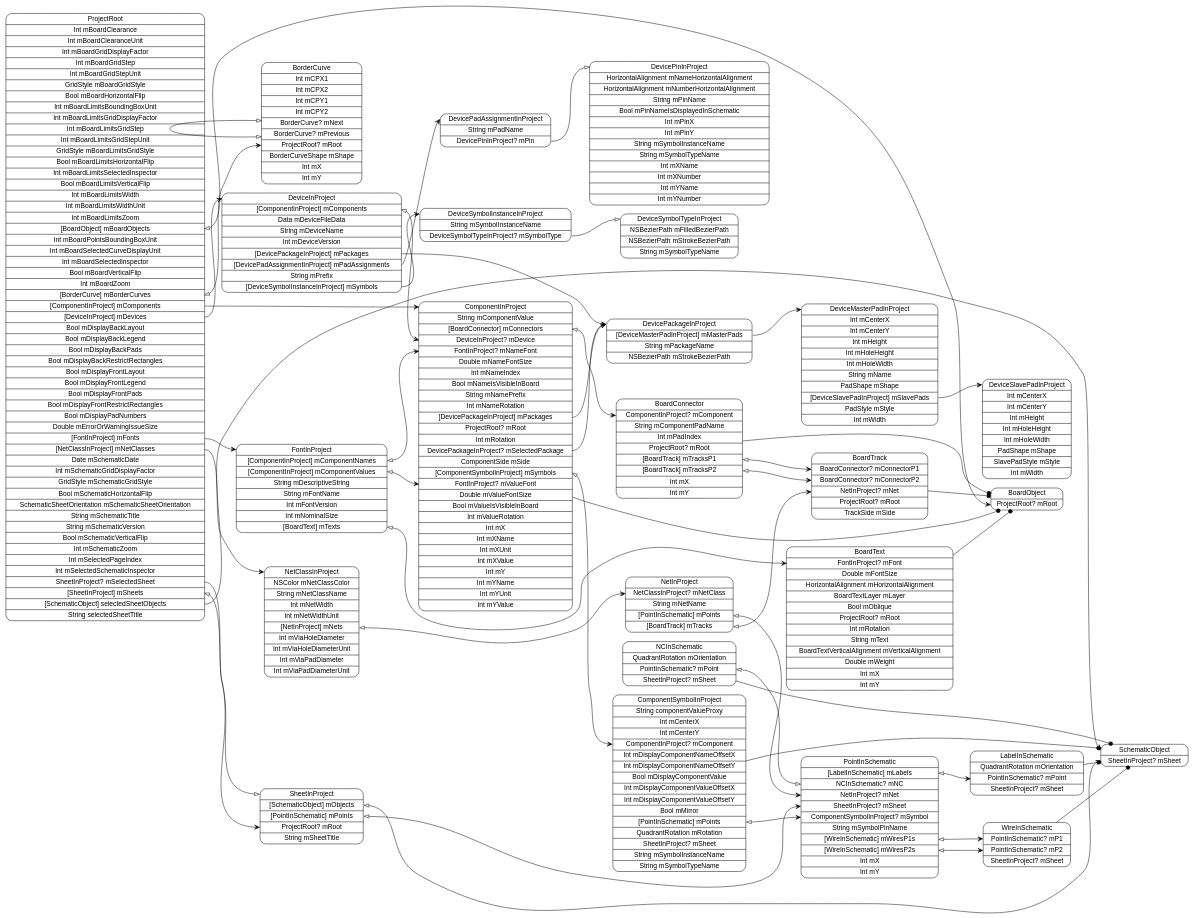
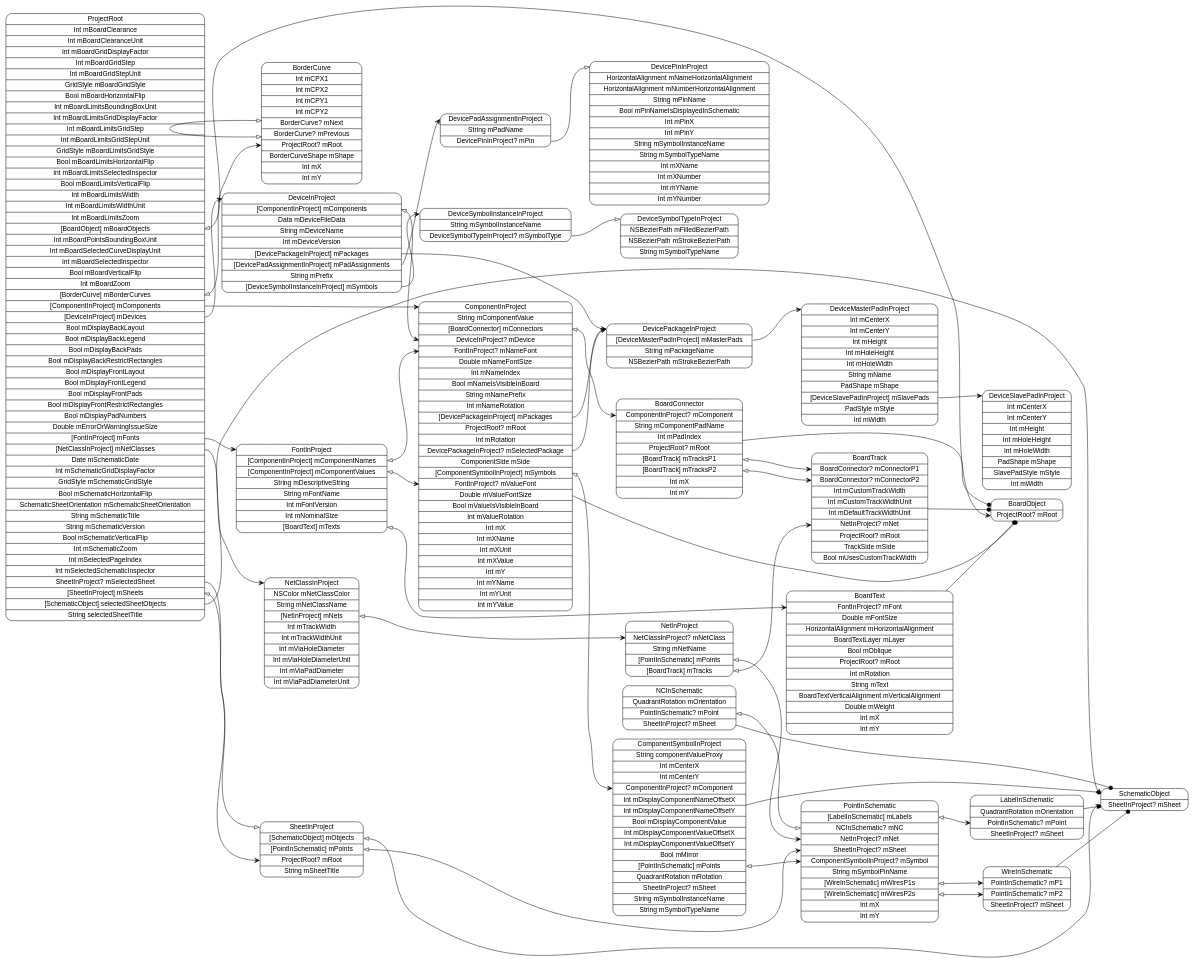
Before and after one commit to pierremolinaro/ElCanari-dev: the diagram in models/ProjectRoot.dot, drawn with Graphviz. The commit also changed 27 other files, not shown here.

Commit message:
Suite BoardTrack

```diff
--- a/models/ProjectRoot.dot
+++ b/models/ProjectRoot.dot
@@ -1,74 +1,74 @@
 digraph G {
   rankdir=LR ;
   node [shape=record fontname=helvetica style=rounded] ;
   ProjectRoot[label="<ProjectRoot>ProjectRoot|Int mBoardClearance|Int mBoardClearanceUnit|Int mBoardGridDisplayFactor|Int mBoardGridStep|Int mBoardGridStepUnit|GridStyle mBoardGridStyle|Bool mBoardHorizontalFlip|Int mBoardLimitsBoundingBoxUnit|Int mBoardLimitsGridDisplayFactor|Int mBoardLimitsGridStep|Int mBoardLimitsGridStepUnit|GridStyle mBoardLimitsGridStyle|Bool mBoardLimitsHorizontalFlip|Int mBoardLimitsSelectedInspector|Bool mBoardLimitsVerticalFlip|Int mBoardLimitsWidth|Int mBoardLimitsWidthUnit|Int mBoardLimitsZoom|<mBoardObjects>[BoardObject] mBoardObjects|Int mBoardPointsBoundingBoxUnit|Int mBoardSelectedCurveDisplayUnit|Int mBoardSelectedInspector|Bool mBoardVerticalFlip|Int mBoardZoom|<mBorderCurves>[BorderCurve] mBorderCurves|<mComponents>[ComponentInProject] mComponents|<mDevices>[DeviceInProject] mDevices|Bool mDisplayBackLayout|Bool mDisplayBackLegend|Bool mDisplayBackPads|Bool mDisplayBackRestrictRectangles|Bool mDisplayFrontLayout|Bool mDisplayFrontLegend|Bool mDisplayFrontPads|Bool mDisplayFrontRestrictRectangles|Bool mDisplayPadNumbers|Double mErrorOrWarningIssueSize|<mFonts>[FontInProject] mFonts|<mNetClasses>[NetClassInProject] mNetClasses|Date mSchematicDate|Int mSchematicGridDisplayFactor|GridStyle mSchematicGridStyle|Bool mSchematicHorizontalFlip|SchematicSheetOrientation mSchematicSheetOrientation|String mSchematicTitle|String mSchematicVersion|Bool mSchematicVerticalFlip|Int mSchematicZoom|Int mSelectedPageIndex|Int mSelectedSchematicInspector|<mSelectedSheet>SheetInProject? mSelectedSheet|<mSheets>[SheetInProject] mSheets|<selectedSheetObjects>[SchematicObject] selectedSheetObjects|String selectedSheetTitle"] ;
   SchematicObject[label="<SchematicObject>SchematicObject|<mSheet>SheetInProject? mSheet"] ;
   SheetInProject[label="<SheetInProject>SheetInProject|<mObjects>[SchematicObject] mObjects|<mPoints>[PointInSchematic] mPoints|<mRoot>ProjectRoot? mRoot|String mSheetTitle"] ;
   PointInSchematic[label="<PointInSchematic>PointInSchematic|<mLabels>[LabelInSchematic] mLabels|<mNC>NCInSchematic? mNC|<mNet>NetInProject? mNet|<mSheet>SheetInProject? mSheet|<mSymbol>ComponentSymbolInProject? mSymbol|String mSymbolPinName|<mWiresP1s>[WireInSchematic] mWiresP1s|<mWiresP2s>[WireInSchematic] mWiresP2s|Int mX|Int mY"] ;
   WireInSchematic[label="<WireInSchematic>WireInSchematic|<mP1>PointInSchematic? mP1|<mP2>PointInSchematic? mP2|<mSheet>SheetInProject? mSheet"] ;
   NCInSchematic[label="<NCInSchematic>NCInSchematic|QuadrantRotation mOrientation|<mPoint>PointInSchematic? mPoint|<mSheet>SheetInProject? mSheet"] ;
   LabelInSchematic[label="<LabelInSchematic>LabelInSchematic|QuadrantRotation mOrientation|<mPoint>PointInSchematic? mPoint|<mSheet>SheetInProject? mSheet"] ;
-  NetClassInProject[label="<NetClassInProject>NetClassInProject|NSColor mNetClassColor|String mNetClassName|Int mNetWidth|Int mNetWidthUnit|<mNets>[NetInProject] mNets|Int mViaHoleDiameter|Int mViaHoleDiameterUnit|Int mViaPadDiameter|Int mViaPadDiameterUnit"] ;
+  NetClassInProject[label="<NetClassInProject>NetClassInProject|NSColor mNetClassColor|String mNetClassName|<mNets>[NetInProject] mNets|Int mTrackWidth|Int mTrackWidthUnit|Int mViaHoleDiameter|Int mViaHoleDiameterUnit|Int mViaPadDiameter|Int mViaPadDiameterUnit"] ;
   NetInProject[label="<NetInProject>NetInProject|<mNetClass>NetClassInProject? mNetClass|String mNetName|<mPoints>[PointInSchematic] mPoints|<mTracks>[BoardTrack] mTracks"] ;
-  BoardTrack[label="<BoardTrack>BoardTrack|<mConnectorP1>BoardConnector? mConnectorP1|<mConnectorP2>BoardConnector? mConnectorP2|<mNet>NetInProject? mNet|<mRoot>ProjectRoot? mRoot|TrackSide mSide"] ;
+  BoardTrack[label="<BoardTrack>BoardTrack|<mConnectorP1>BoardConnector? mConnectorP1|<mConnectorP2>BoardConnector? mConnectorP2|Int mCustomTrackWidth|Int mCustomTrackWidthUnit|Int mDefaultTrackWidthUnit|<mNet>NetInProject? mNet|<mRoot>ProjectRoot? mRoot|TrackSide mSide|Bool mUsesCustomTrackWidth"] ;
   FontInProject[label="<FontInProject>FontInProject|<mComponentNames>[ComponentInProject] mComponentNames|<mComponentValues>[ComponentInProject] mComponentValues|String mDescriptiveString|String mFontName|Int mFontVersion|Int mNominalSize|<mTexts>[BoardText] mTexts"] ;
   BoardText[label="<BoardText>BoardText|<mFont>FontInProject? mFont|Double mFontSize|HorizontalAlignment mHorizontalAlignment|BoardTextLayer mLayer|Bool mOblique|<mRoot>ProjectRoot? mRoot|Int mRotation|String mText|BoardTextVerticalAlignment mVerticalAlignment|Double mWeight|Int mX|Int mY"] ;
   DeviceInProject[label="<DeviceInProject>DeviceInProject|<mComponents>[ComponentInProject] mComponents|Data mDeviceFileData|String mDeviceName|Int mDeviceVersion|<mPackages>[DevicePackageInProject] mPackages|<mPadAssignments>[DevicePadAssignmentInProject] mPadAssignments|String mPrefix|<mSymbols>[DeviceSymbolInstanceInProject] mSymbols"] ;
   DeviceSymbolInstanceInProject[label="<DeviceSymbolInstanceInProject>DeviceSymbolInstanceInProject|String mSymbolInstanceName|<mSymbolType>DeviceSymbolTypeInProject? mSymbolType"] ;
   DeviceSymbolTypeInProject[label="<DeviceSymbolTypeInProject>DeviceSymbolTypeInProject|NSBezierPath mFilledBezierPath|NSBezierPath mStrokeBezierPath|String mSymbolTypeName"] ;
   DevicePadAssignmentInProject[label="<DevicePadAssignmentInProject>DevicePadAssignmentInProject|String mPadName|<mPin>DevicePinInProject? mPin"] ;
   DevicePinInProject[label="<DevicePinInProject>DevicePinInProject|HorizontalAlignment mNameHorizontalAlignment|HorizontalAlignment mNumberHorizontalAlignment|String mPinName|Bool mPinNameIsDisplayedInSchematic|Int mPinX|Int mPinY|String mSymbolInstanceName|String mSymbolTypeName|Int mXName|Int mXNumber|Int mYName|Int mYNumber"] ;
   DevicePackageInProject[label="<DevicePackageInProject>DevicePackageInProject|<mMasterPads>[DeviceMasterPadInProject] mMasterPads|String mPackageName|NSBezierPath mStrokeBezierPath"] ;
   DeviceMasterPadInProject[label="<DeviceMasterPadInProject>DeviceMasterPadInProject|Int mCenterX|Int mCenterY|Int mHeight|Int mHoleHeight|Int mHoleWidth|String mName|PadShape mShape|<mSlavePads>[DeviceSlavePadInProject] mSlavePads|PadStyle mStyle|Int mWidth"] ;
   DeviceSlavePadInProject[label="<DeviceSlavePadInProject>DeviceSlavePadInProject|Int mCenterX|Int mCenterY|Int mHeight|Int mHoleHeight|Int mHoleWidth|PadShape mShape|SlavePadStyle mStyle|Int mWidth"] ;
   ComponentInProject[label="<ComponentInProject>ComponentInProject|String mComponentValue|<mConnectors>[BoardConnector] mConnectors|<mDevice>DeviceInProject? mDevice|<mNameFont>FontInProject? mNameFont|Double mNameFontSize|Int mNameIndex|Bool mNameIsVisibleInBoard|String mNamePrefix|Int mNameRotation|<mPackages>[DevicePackageInProject] mPackages|<mRoot>ProjectRoot? mRoot|Int mRotation|<mSelectedPackage>DevicePackageInProject? mSelectedPackage|ComponentSide mSide|<mSymbols>[ComponentSymbolInProject] mSymbols|<mValueFont>FontInProject? mValueFont|Double mValueFontSize|Bool mValueIsVisibleInBoard|Int mValueRotation|Int mX|Int mXName|Int mXUnit|Int mXValue|Int mY|Int mYName|Int mYUnit|Int mYValue"] ;
   ComponentSymbolInProject[label="<ComponentSymbolInProject>ComponentSymbolInProject|String componentValueProxy|Int mCenterX|Int mCenterY|<mComponent>ComponentInProject? mComponent|Int mDisplayComponentNameOffsetX|Int mDisplayComponentNameOffsetY|Bool mDisplayComponentValue|Int mDisplayComponentValueOffsetX|Int mDisplayComponentValueOffsetY|Bool mMirror|<mPoints>[PointInSchematic] mPoints|QuadrantRotation mRotation|<mSheet>SheetInProject? mSheet|String mSymbolInstanceName|String mSymbolTypeName"] ;
   BoardConnector[label="<BoardConnector>BoardConnector|<mComponent>ComponentInProject? mComponent|String mComponentPadName|Int mPadIndex|<mRoot>ProjectRoot? mRoot|<mTracksP1>[BoardTrack] mTracksP1|<mTracksP2>[BoardTrack] mTracksP2|Int mX|Int mY"] ;
   BorderCurve[label="<BorderCurve>BorderCurve|Int mCPX1|Int mCPX2|Int mCPY1|Int mCPY2|<mNext>BorderCurve? mNext|<mPrevious>BorderCurve? mPrevious|<mRoot>ProjectRoot? mRoot|BorderCurveShape mShape|Int mX|Int mY"] ;
   BoardObject[label="<BoardObject>BoardObject|<mRoot>ProjectRoot? mRoot"] ;
   ProjectRoot:mBoardObjects -> BoardObject:mRoot [dir=both arrowtail=onormal arrowhead=vee] ;
   ProjectRoot:mBorderCurves -> BorderCurve:mRoot [dir=both arrowtail=onormal arrowhead=vee] ;
   ProjectRoot:mComponents -> ComponentInProject:ComponentInProject [dir=both arrowtail=none arrowhead=vee] ;
   ProjectRoot:mDevices -> DeviceInProject:DeviceInProject [dir=both arrowtail=none arrowhead=vee] ;
   ProjectRoot:mFonts -> FontInProject:FontInProject [dir=both arrowtail=none arrowhead=vee] ;
   ProjectRoot:mNetClasses -> NetClassInProject:NetClassInProject [dir=both arrowtail=none arrowhead=vee] ;
   ProjectRoot:mSelectedSheet -> SheetInProject:SheetInProject [dir=both arrowtail=none arrowhead=onormal] ;
   ProjectRoot:mSheets -> SheetInProject:mRoot [dir=both arrowtail=onormal arrowhead=vee] ;
   ProjectRoot:selectedSheetObjects -> SchematicObject:SchematicObject [dir=both arrowtail=none arrowhead=vee] ;
   SheetInProject:mObjects -> SchematicObject:mSheet [dir=both arrowtail=onormal arrowhead=vee] ;
   SheetInProject:mPoints -> PointInSchematic:mSheet [dir=both arrowtail=onormal arrowhead=vee] ;
   PointInSchematic:mLabels -> LabelInSchematic:mPoint [dir=both arrowtail=onormal arrowhead=vee] ;
   PointInSchematic:mWiresP1s -> WireInSchematic:mP1 [dir=both arrowtail=onormal arrowhead=vee] ;
   PointInSchematic:mWiresP2s -> WireInSchematic:mP2 [dir=both arrowtail=onormal arrowhead=vee] ;
   WireInSchematic -> SchematicObject [arrowhead=dot] ;
   NCInSchematic -> SchematicObject [arrowhead=dot] ;
   NCInSchematic:mPoint -> PointInSchematic:mNC [dir=both arrowtail=onormal arrowhead=onormal] ;
   LabelInSchematic -> SchematicObject [arrowhead=dot] ;
   NetClassInProject:mNets -> NetInProject:mNetClass [dir=both arrowtail=onormal arrowhead=vee] ;
   NetInProject:mPoints -> PointInSchematic:mNet [dir=both arrowtail=onormal arrowhead=vee] ;
   NetInProject:mTracks -> BoardTrack:mNet [dir=both arrowtail=onormal arrowhead=vee] ;
   BoardTrack -> BoardObject [arrowhead=dot] ;
   FontInProject:mComponentNames -> ComponentInProject:mNameFont [dir=both arrowtail=onormal arrowhead=vee] ;
   FontInProject:mComponentValues -> ComponentInProject:mValueFont [dir=both arrowtail=onormal arrowhead=vee] ;
   FontInProject:mTexts -> BoardText:mFont [dir=both arrowtail=onormal arrowhead=vee] ;
   BoardText -> BoardObject [arrowhead=dot] ;
   DeviceInProject:mComponents -> ComponentInProject:mDevice [dir=both arrowtail=onormal arrowhead=vee] ;
   DeviceInProject:mPackages -> DevicePackageInProject:DevicePackageInProject [dir=both arrowtail=none arrowhead=vee] ;
   DeviceInProject:mPadAssignments -> DevicePadAssignmentInProject:DevicePadAssignmentInProject [dir=both arrowtail=none arrowhead=vee] ;
   DeviceInProject:mSymbols -> DeviceSymbolInstanceInProject:DeviceSymbolInstanceInProject [dir=both arrowtail=none arrowhead=vee] ;
   DeviceSymbolInstanceInProject:mSymbolType -> DeviceSymbolTypeInProject:DeviceSymbolTypeInProject [dir=both arrowtail=none arrowhead=onormal] ;
   DevicePadAssignmentInProject:mPin -> DevicePinInProject:DevicePinInProject [dir=both arrowtail=none arrowhead=onormal] ;
   DevicePackageInProject:mMasterPads -> DeviceMasterPadInProject:DeviceMasterPadInProject [dir=both arrowtail=none arrowhead=vee] ;
   DeviceMasterPadInProject:mSlavePads -> DeviceSlavePadInProject:DeviceSlavePadInProject [dir=both arrowtail=none arrowhead=vee] ;
   ComponentInProject -> BoardObject [arrowhead=dot] ;
   ComponentInProject:mConnectors -> BoardConnector:mComponent [dir=both arrowtail=onormal arrowhead=vee] ;
   ComponentInProject:mPackages -> DevicePackageInProject:DevicePackageInProject [dir=both arrowtail=none arrowhead=vee] ;
   ComponentInProject:mSelectedPackage -> DevicePackageInProject:DevicePackageInProject [dir=both arrowtail=none arrowhead=onormal] ;
   ComponentInProject:mSymbols -> ComponentSymbolInProject:mComponent [dir=both arrowtail=onormal arrowhead=vee] ;
   ComponentSymbolInProject -> SchematicObject [arrowhead=dot] ;
   ComponentSymbolInProject:mPoints -> PointInSchematic:mSymbol [dir=both arrowtail=onormal arrowhead=vee] ;
   BoardConnector -> BoardObject [arrowhead=dot] ;
   BoardConnector:mTracksP1 -> BoardTrack:mConnectorP1 [dir=both arrowtail=onormal arrowhead=vee] ;
   BoardConnector:mTracksP2 -> BoardTrack:mConnectorP2 [dir=both arrowtail=onormal arrowhead=vee] ;
   BorderCurve:mPrevious -> BorderCurve:mNext [dir=both arrowtail=onormal arrowhead=onormal] ;
 }
```
